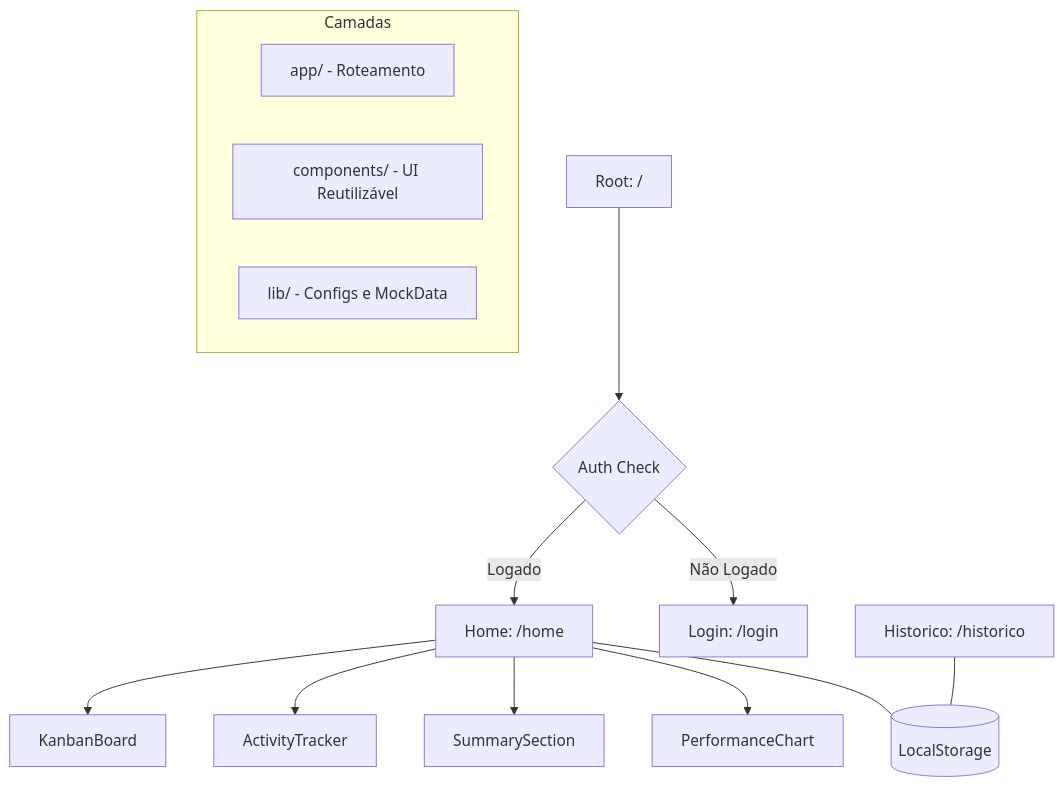
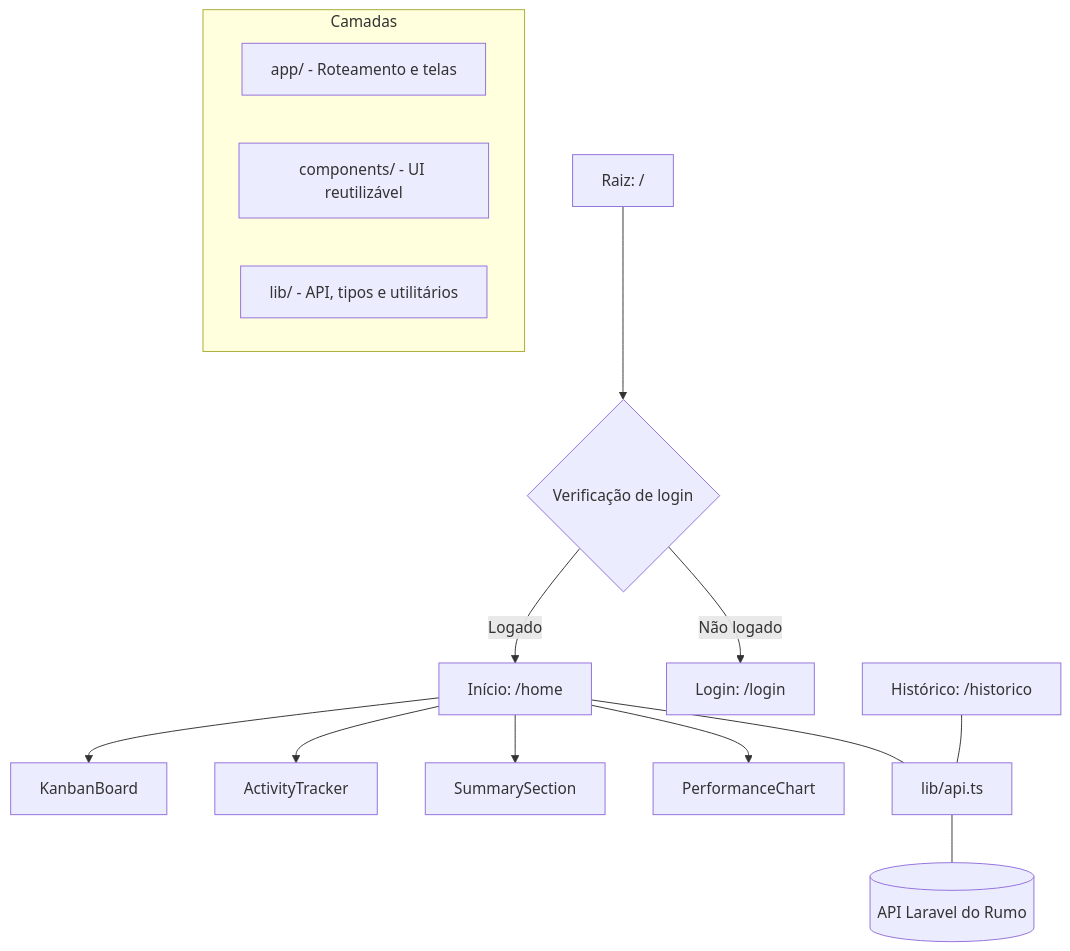
Before and after one commit to Guilherme-Ramos-Nepomuceno/Rumo: the diagram in README.md, drawn with Mermaid. The commit also changed other lines of this file, not shown here.

````diff
--- a/README.md
+++ b/README.md
@@ -35,20 +57,21 @@
 ```mermaid
 graph TD
-    A[Root: /] --> B{Auth Check}
-    B -- Logado --> C[Home: /home]
-    B -- Não Logado --> D[Login: /login]
-    
+    A[Raiz: /] --> B{Verificação de login}
+    B -- Logado --> C[Início: /home]
+    B -- Não logado --> D[Login: /login]
+
     C --> C1[KanbanBoard]
     C --> C2[ActivityTracker]
     C --> C3[SummarySection]
     C --> C4[PerformanceChart]
-    
-    C --- E[(LocalStorage)]
-    F[Historico: /historico] --- E
-    
+
+    C --- E[lib/api.ts]
+    F[Histórico: /historico] --- E
+    E --- G[(API Laravel do Rumo)]
+
     subgraph "Camadas"
-        app[app/ - Roteamento]
-        components[components/ - UI Reutilizável]
-        lib[lib/ - Configs e MockData]
+        app[app/ - Roteamento e telas]
+        components[components/ - UI reutilizável]
+        lib[lib/ - API, tipos e utilitários]
     end
 ```
````
